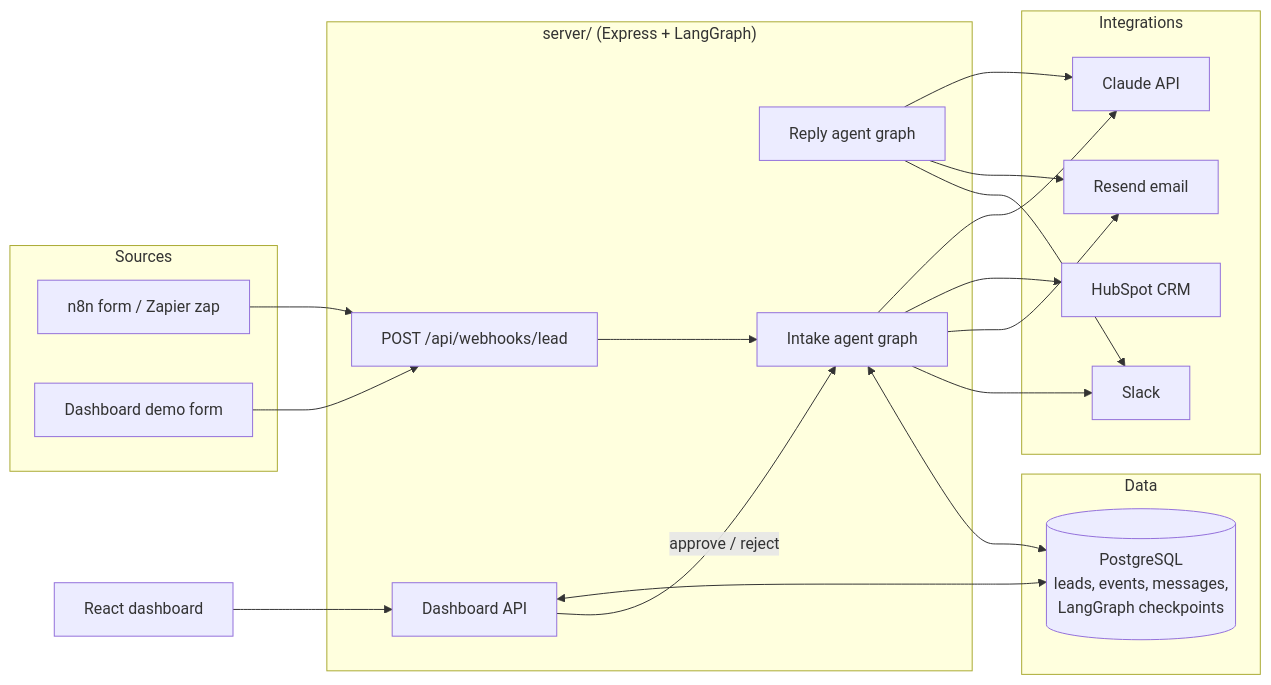
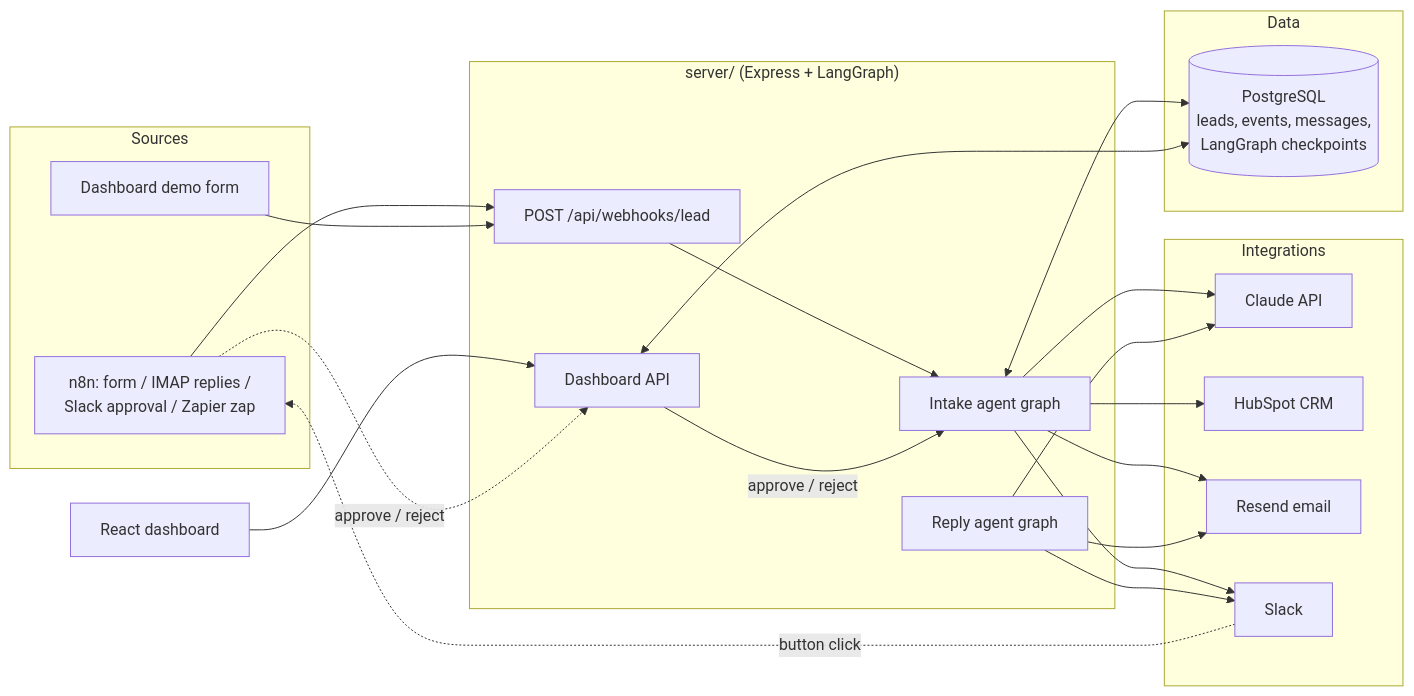
The diagram in README.md (rjacaac211/leadflow-ai), drawn with Mermaid before and after one commit. The commit also changed other lines of this file and 1 other file, not shown here.

````diff
--- a/README.md
+++ b/README.md
@@ -61,35 +65,37 @@
 ```mermaid
 flowchart LR
     subgraph Sources
-        N8N[n8n form / Zapier zap]
+        N8N["n8n: form / IMAP replies /<br/>Slack approval / Zapier zap"]
         FORM[Dashboard demo form]
     end
 
     subgraph Server["server/ (Express + LangGraph)"]
         WH[POST /api/webhooks/lead]
         RG[Reply agent graph]
         IG[Intake agent graph]
         API[Dashboard API]
     end
 
     subgraph Data
         PG[(PostgreSQL<br/>leads, events, messages,<br/>LangGraph checkpoints)]
     end
 
     subgraph Integrations
         CL[Claude API]
         HS[HubSpot CRM]
         RS[Resend email]
         SL[Slack]
     end
 
     WEB[React dashboard] --> API
     N8N --> WH
     FORM --> WH
     WH --> IG
     IG --> CL & HS & RS & SL
     IG <--> PG
     RG --> CL & RS & SL
     API <--> PG
     API -->|approve / reject| IG
+    SL -.->|button click| N8N
+    N8N -.->|approve / reject| API
 ```
````
